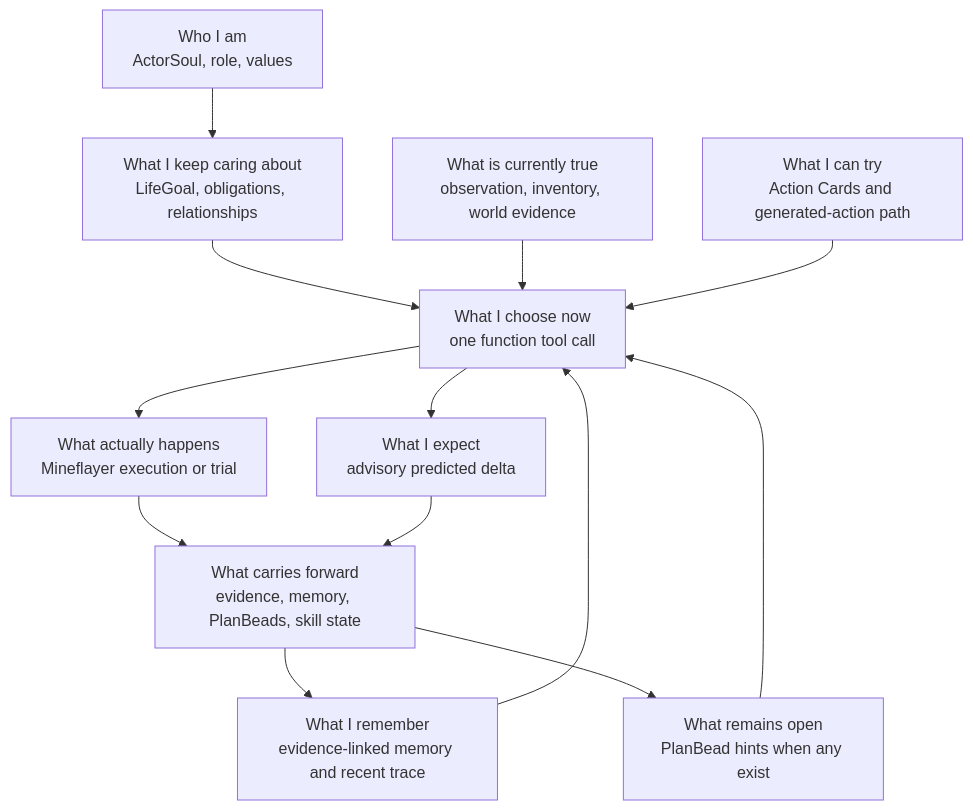
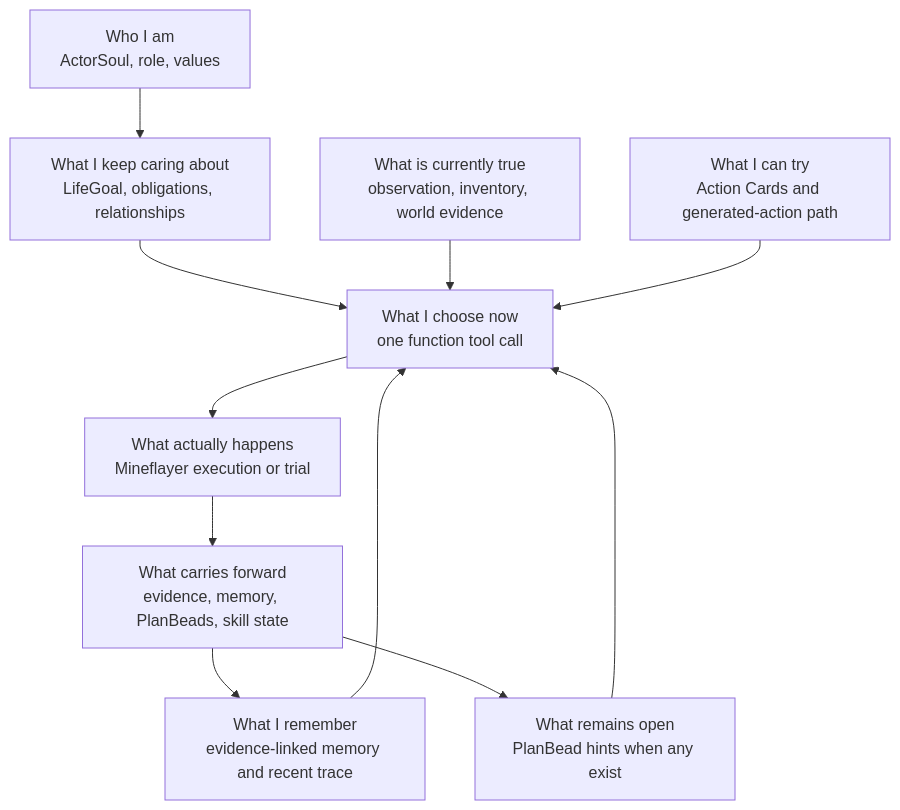
One commit to gigio1023/minecraft-llm-agent-community changed the second of 6 diagrams in CURRENT_IMPLEMENTATION_ARCHITECTURE_REVIEW.md. Above: the diagram before and after it, drawn with Mermaid. The commit also changed other lines of this file and 94 other files, not shown here.

````diff
--- a/CURRENT_IMPLEMENTATION_ARCHITECTURE_REVIEW.md
+++ b/CURRENT_IMPLEMENTATION_ARCHITECTURE_REVIEW.md
@@ -110,24 +123,21 @@
 ```mermaid
 flowchart TD
   Identity["Who I am<br/>ActorSoul, role, values"]
   Direction["What I keep caring about<br/>LifeGoal, obligations, relationships"]
   EvidenceNow["What is currently true<br/>observation, inventory, world evidence"]
   Memory["What I remember<br/>evidence-linked memory and recent trace"]
   Work["What remains open<br/>PlanBead hints when any exist"]
   Body["What I can try<br/>Action Cards and generated-action path"]
-  Prediction["What I expect<br/>advisory predicted delta"]
   Turn["What I choose now<br/>one function tool call"]
   World["What actually happens<br/>Mineflayer execution or trial"]
   Consequence["What carries forward<br/>evidence, memory, PlanBeads, skill state"]
 
   Identity --> Direction --> Turn
   EvidenceNow --> Turn
   Memory --> Turn
   Work --> Turn
   Body --> Turn
-  Turn --> Prediction
   Turn --> World --> Consequence
-  Prediction --> Consequence
   Consequence --> Memory
   Consequence --> Work
 ```
````
